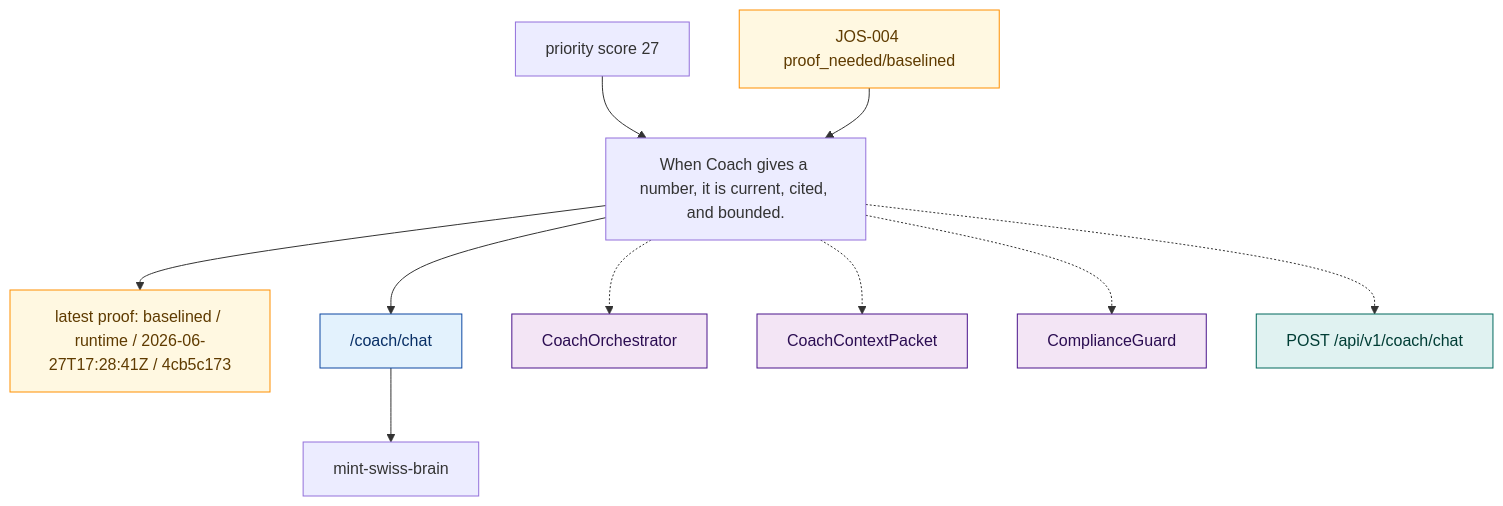
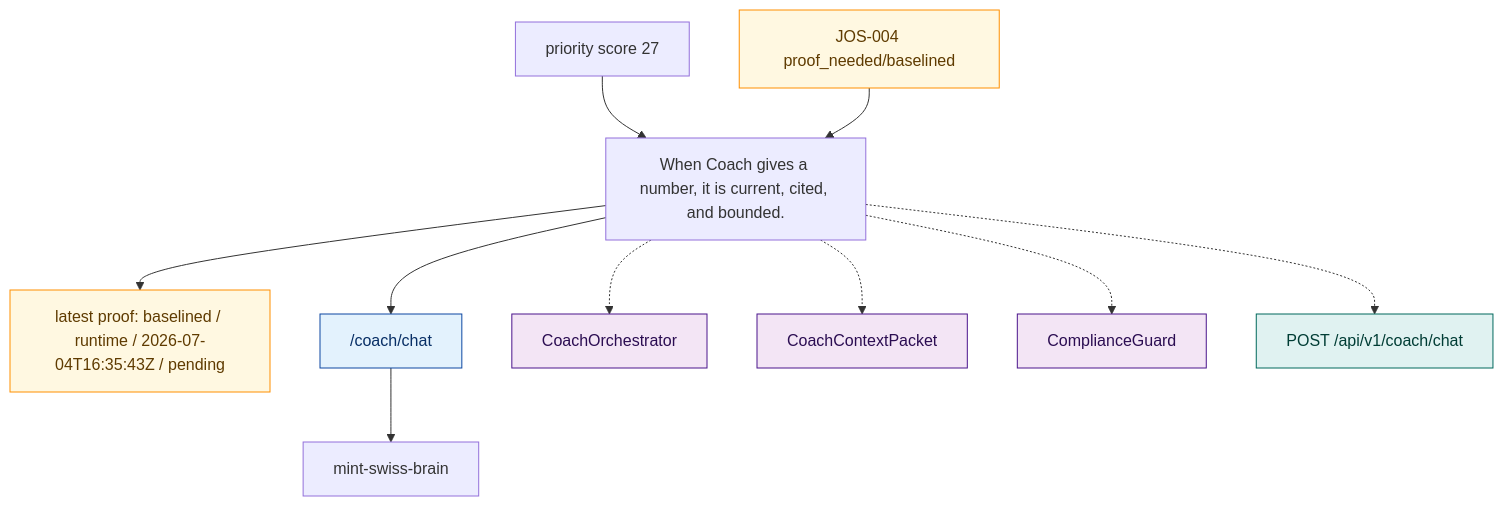
Before and after one commit to MINT-IA/MINT: the diagram in .planning/journeys/diagrams/coach_advice_turn.mmd, drawn with Mermaid. The commit also changed 32 other files, not shown here.

```diff
--- a/.planning/journeys/diagrams/coach_advice_turn.mmd
+++ b/.planning/journeys/diagrams/coach_advice_turn.mmd
@@ -1,36 +1,36 @@
 %% Generated from .planning/journeys/records/coach_advice_turn.json
 flowchart TD
   promise["When Coach gives a number, it is current, cited, and bounded."]
   team["mint-swiss-brain"]
-  latest["latest proof: baselined / runtime / 2026-06-27T17:28:41Z / 4cb5c173"]
+  latest["latest proof: baselined / runtime / 2026-07-04T16:35:43Z / pending"]
   promise --> latest
   classDef green fill:#e8f5e9,stroke:#1b5e20,color:#0b3d1a;
   classDef red fill:#ffebee,stroke:#b71c1c,color:#5f1111;
   classDef amber fill:#fff8e1,stroke:#ff8f00,color:#5f3b00;
   classDef blocked fill:#eceff1,stroke:#455a64,color:#263238;
   classDef neutral fill:#f5f5f5,stroke:#616161,color:#212121;
   classDef route fill:#e3f2fd,stroke:#0d47a1,color:#082f66;
   classDef surface fill:#f3e5f5,stroke:#4a148c,color:#2b0d52;
   classDef api fill:#e0f2f1,stroke:#00695c,color:#003d35;
   class latest amber
   priority["priority score 27"]
   priority --> promise
   route_coach_chat["/coach/chat"]
   promise --> route_coach_chat
   route_coach_chat --> team
   class route_coach_chat route
   surface_CoachOrchestrator["CoachOrchestrator"]
   promise -.-> surface_CoachOrchestrator
   class surface_CoachOrchestrator surface
   surface_CoachContextPacket["CoachContextPacket"]
   promise -.-> surface_CoachContextPacket
   class surface_CoachContextPacket surface
   surface_ComplianceGuard["ComplianceGuard"]
   promise -.-> surface_ComplianceGuard
   class surface_ComplianceGuard surface
   api_POST_api_v1_coach_chat["POST /api/v1/coach/chat"]
   promise -.-> api_POST_api_v1_coach_chat
   class api_POST_api_v1_coach_chat api
   issue_JOS_004["JOS-004 proof_needed/baselined"]
   issue_JOS_004 --> promise
   class issue_JOS_004 amber
```
